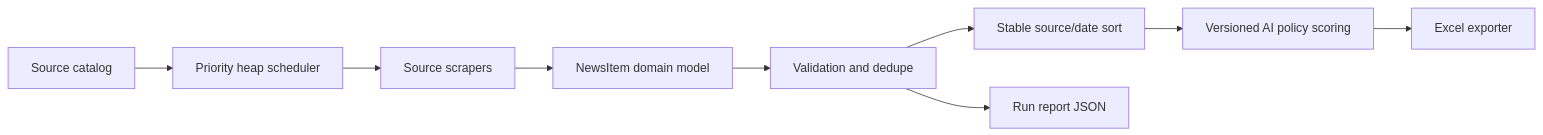
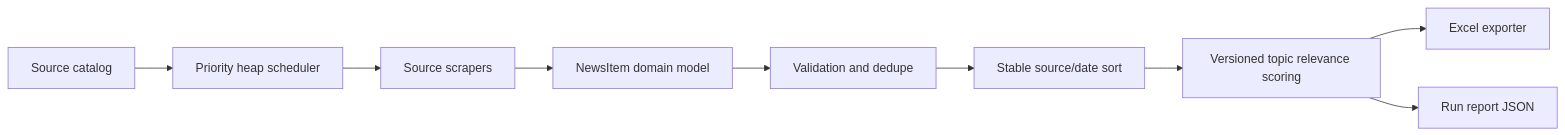
Before and after one commit to ECJura2000/taiwan-government-news-scraper: the diagram in ARCHITECTURE.md, drawn with Mermaid. The commit also changed other lines of this file and 21 other files, not shown here.

Commit message:
Add configurable topic relevance editor

````diff
--- a/ARCHITECTURE.md
+++ b/ARCHITECTURE.md
@@ -5,11 +5,11 @@
 ```mermaid
 flowchart LR
     A[Source catalog] --> B[Priority heap scheduler]
     B --> C[Source scrapers]
     C --> D[NewsItem domain model]
     D --> E[Validation and dedupe]
     E --> F[Stable source/date sort]
-    F --> I[Versioned AI policy scoring]
+    F --> I[Versioned topic relevance scoring]
     I --> G[Excel exporter]
-    E --> H[Run report JSON]
+    I --> H[Run report JSON]
 ```
````
